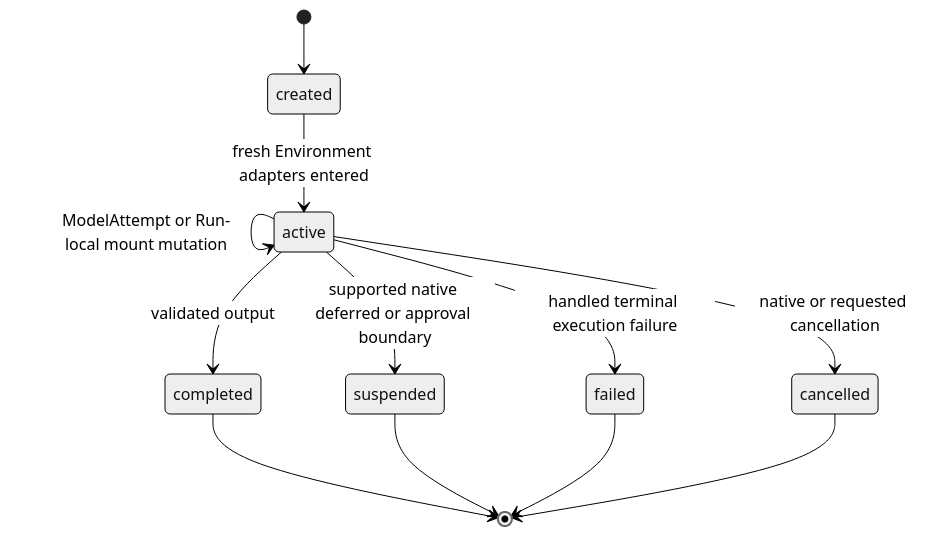
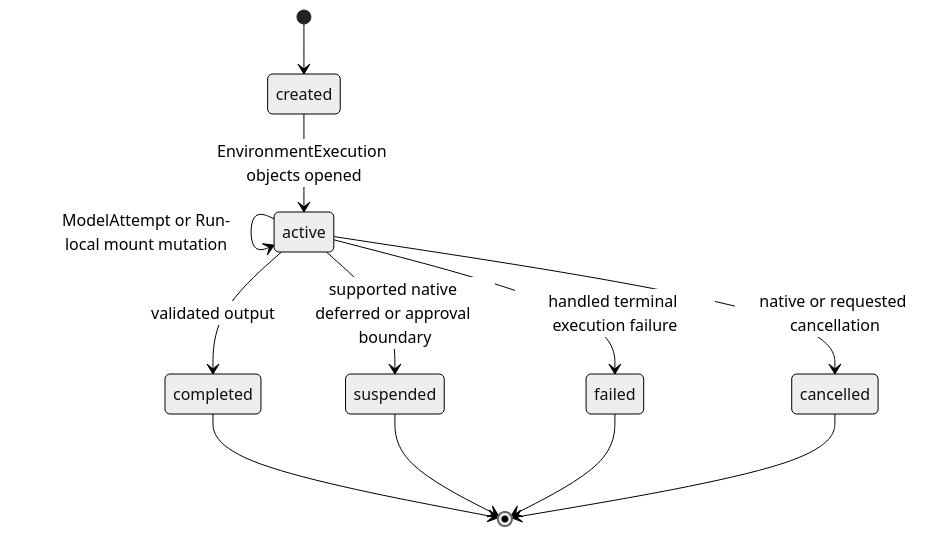
The first of 2 diagrams in spec/a13n-harness/06-execution-context-and-lifecycle.md (converge-ai-labs/agent-foundation), drawn with Mermaid (neutral theme) before and after one commit. The commit also changed other lines of this file and 37 other files, not shown here.

````diff
--- a/spec/a13n-harness/06-execution-context-and-lifecycle.md
+++ b/spec/a13n-harness/06-execution-context-and-lifecycle.md
@@ -80,14 +80,14 @@
 ```mermaid
 stateDiagram-v2
     [*] --> created
-    created --> active: fresh Environment adapters entered
+    created --> active: EnvironmentExecution objects opened
     active --> active: ModelAttempt or Run-local mount mutation
     active --> completed: validated output
     active --> suspended: supported native deferred or approval boundary
     active --> failed: handled terminal execution failure
     active --> cancelled: native or requested cancellation
     completed --> [*]
     suspended --> [*]
     failed --> [*]
     cancelled --> [*]
 ```
````
